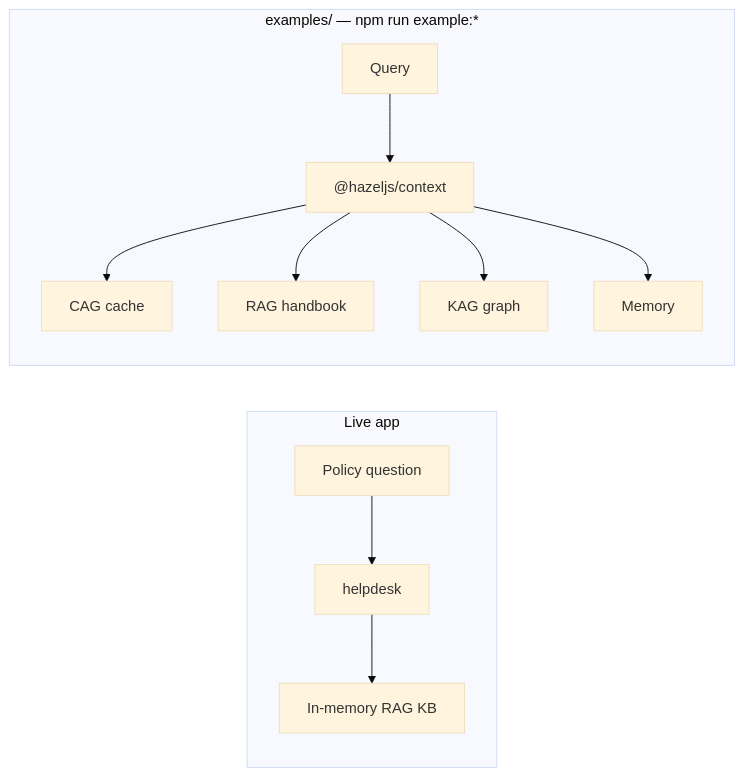
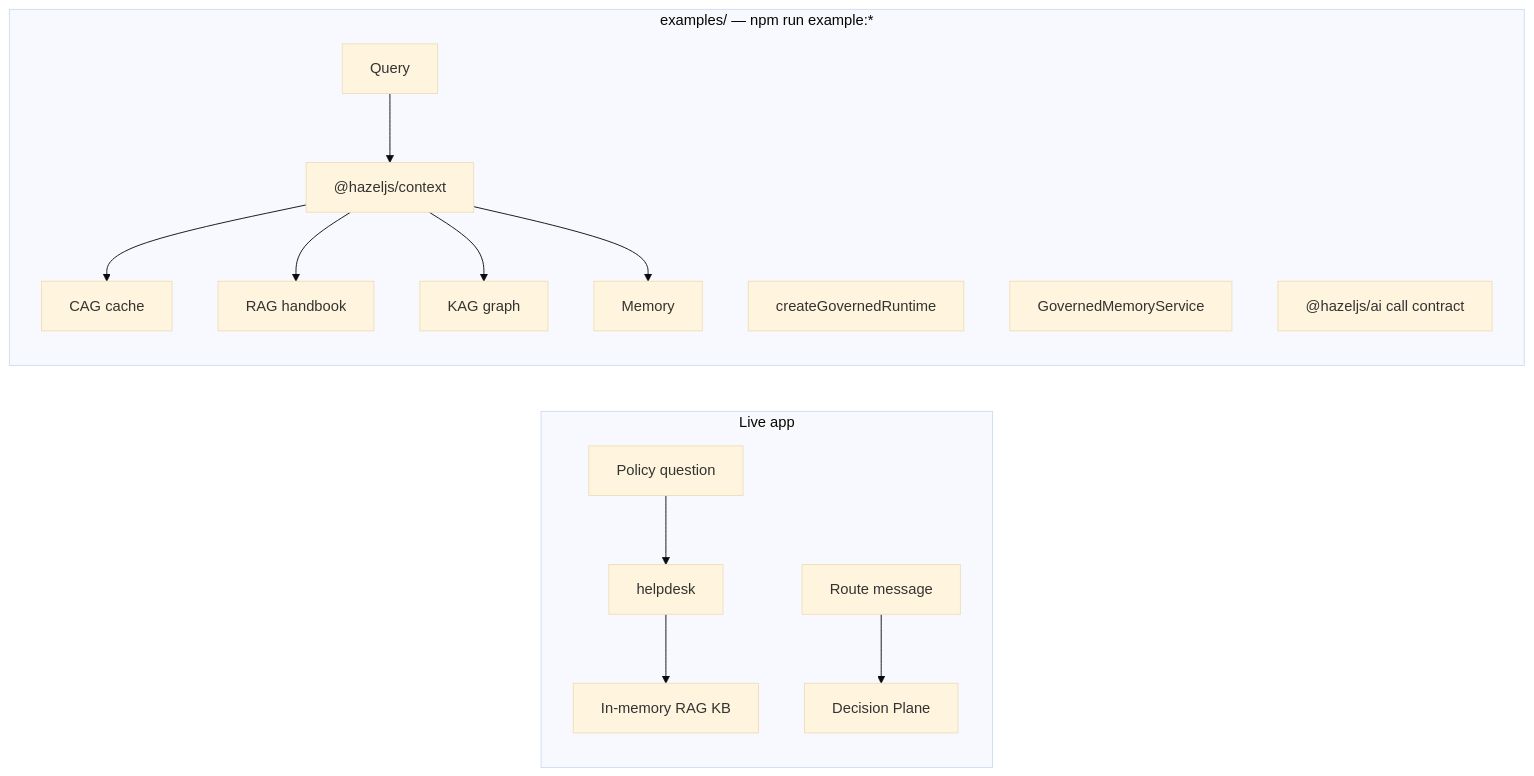
One commit to hazel-js/hazeljs-meridian-ops changed the second of 3 diagrams in README.md. Above: the diagram before and after it, drawn with Mermaid (base theme). The commit also changed other lines of this file and 14 other files, not shown here.

````diff
--- a/README.md
+++ b/README.md
@@ -182,15 +191,19 @@
 ```mermaid
 flowchart LR
   subgraph live [Live app]
     Q1[Policy question] --> HD[helpdesk]
     HD --> RAG[In-memory RAG KB]
+    Q3[Route message] --> Plane[Decision Plane]
   end
 
   subgraph labs [examples/ — npm run example:*]
     Q2[Query] --> Planner["@hazeljs/context"]
     Planner --> CAG["CAG cache"]
     Planner --> RAG2[RAG handbook]
     Planner --> KAG[KAG graph]
     Planner --> Mem[Memory]
+    GR[createGovernedRuntime]
+    GM[GovernedMemoryService]
+    AI["@hazeljs/ai call contract"]
   end
 ```
````
